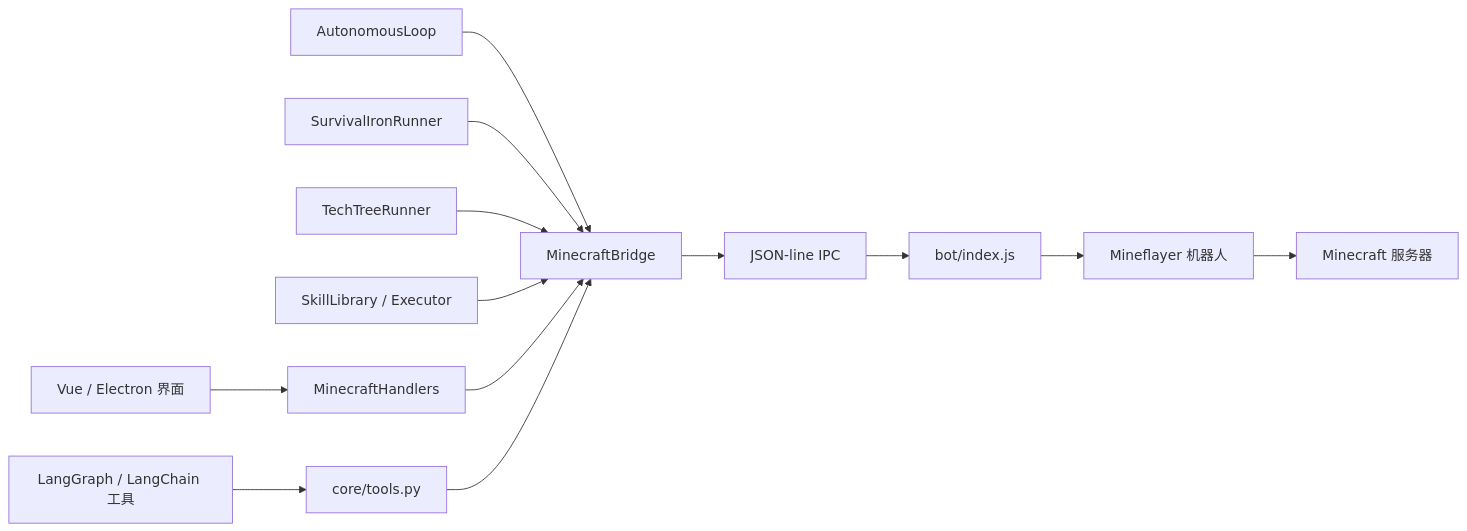
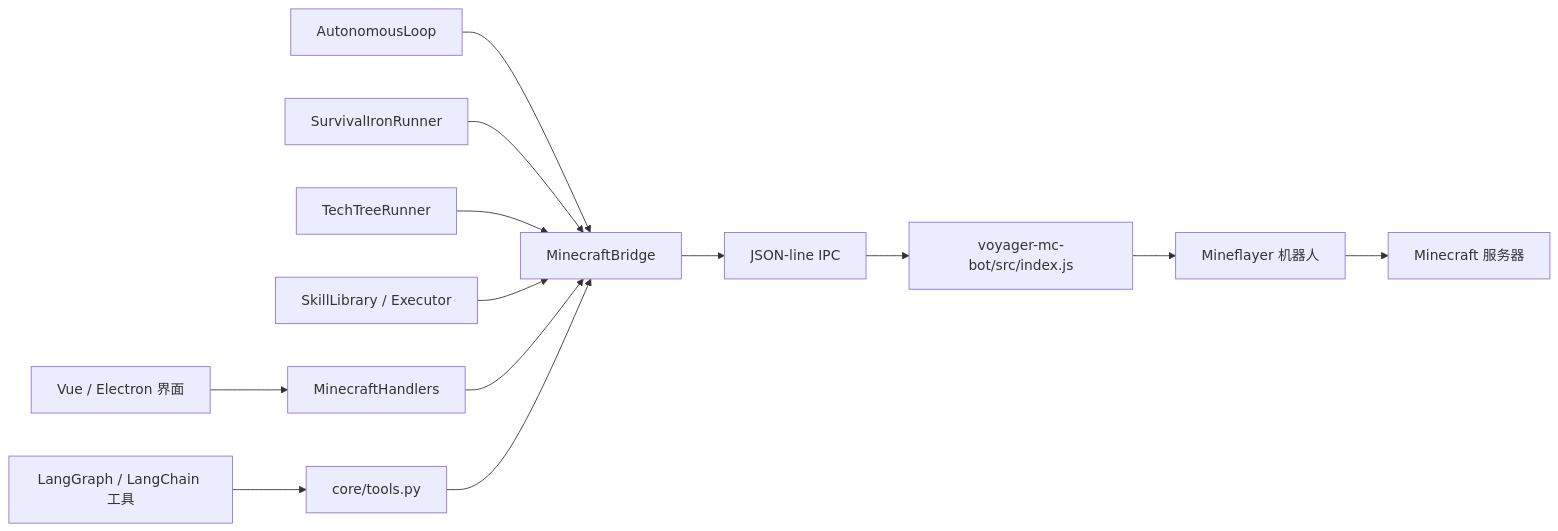
One commit to loiter74/Anima-LLM-Vtuber changed the first of 3 diagrams in docs/development/minecraft-bot-architecture.zh.md. Above: the diagram before and after it, drawn with Mermaid. The commit also changed other lines of this file and 148 other files, not shown here.

````diff
--- a/docs/development/minecraft-bot-architecture.zh.md
+++ b/docs/development/minecraft-bot-architecture.zh.md
@@ -15,15 +15,15 @@
 ```mermaid
 flowchart LR
   Frontend["Vue / Electron 界面"] --> SocketHandlers["MinecraftHandlers"]
   LLM["LangGraph / LangChain 工具"] --> Tools["core/tools.py"]
   Auto["AutonomousLoop"] --> Bridge["MinecraftBridge"]
   Survival["SurvivalIronRunner"] --> Bridge
   TechTree["TechTreeRunner"] --> Bridge
   Skills["SkillLibrary / Executor"] --> Bridge
   SocketHandlers --> Bridge
   Tools --> Bridge
   Bridge --> IPC["JSON-line IPC"]
-  IPC --> Node["bot/index.js"]
+  IPC --> Node["voyager-mc-bot/src/index.js"]
   Node --> Mineflayer["Mineflayer 机器人"]
   Mineflayer --> Server["Minecraft 服务器"]
 ```
````
